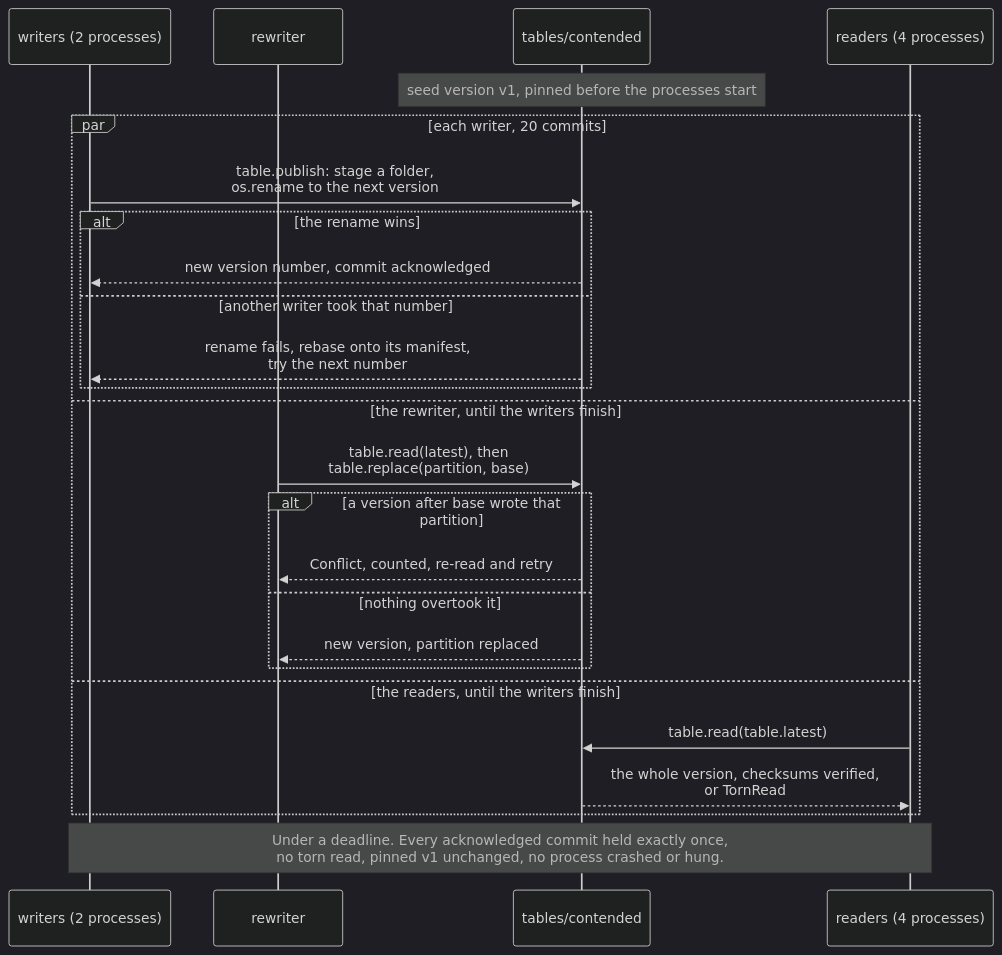
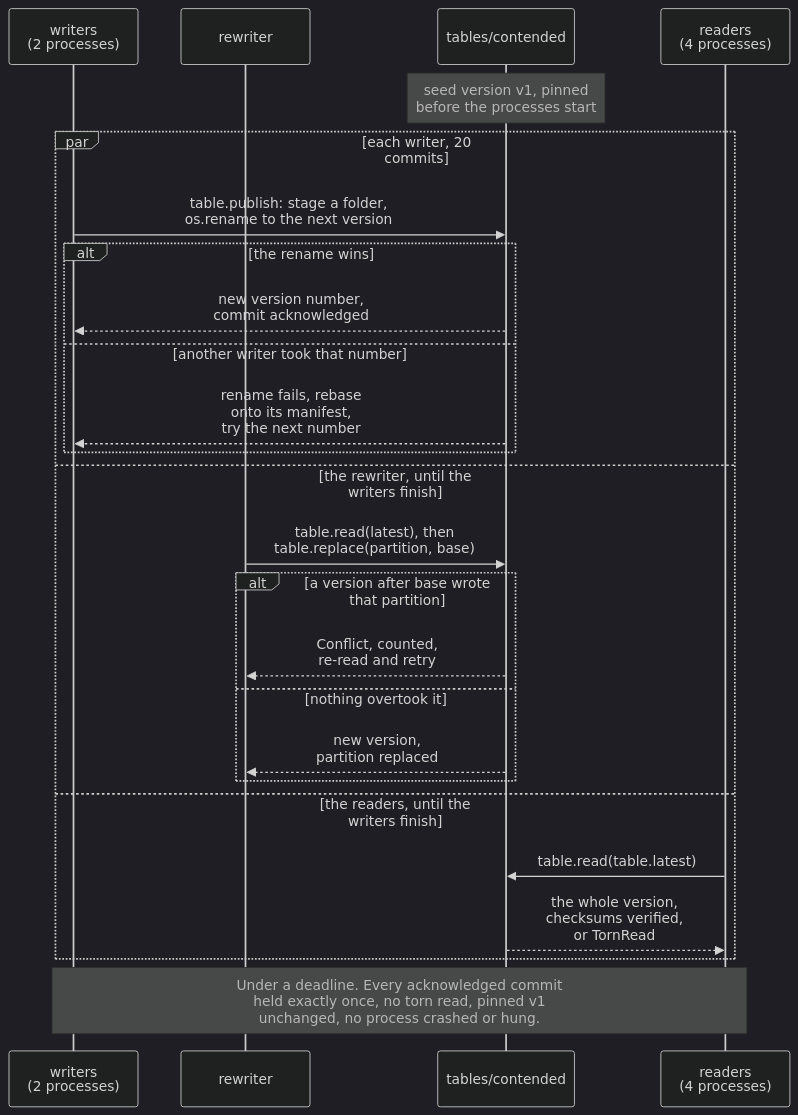
The third of 3 diagrams in README.md (hihihhi/qts-platform-demo), drawn with Mermaid (dark theme) before and after one commit. The commit also changed other lines of this file, not shown here.

Commit message:
docs: make diagrams legible at README width

````diff
--- a/README.md
+++ b/README.md
@@ -174,27 +173,27 @@
 ```mermaid
 sequenceDiagram
-    participant W as writers (2 processes)
+    participant W as writers<br/>(2 processes)
     participant X as rewriter
     participant T as tables/contended
-    participant R as readers (4 processes)
-    Note over T: seed version v1, pinned before the processes start
+    participant R as readers<br/>(4 processes)
+    Note over T: seed version v1, pinned<br/>before the processes start
     par each writer, 20 commits
         W->>T: table.publish: stage a folder,<br/>os.rename to the next version
         alt the rename wins
-            T-->>W: new version number, commit acknowledged
+            T-->>W: new version number,<br/>commit acknowledged
         else another writer took that number
-            T-->>W: rename fails, rebase onto its manifest,<br/>try the next number
+            T-->>W: rename fails, rebase<br/>onto its manifest,<br/>try the next number
         end
     and the rewriter, until the writers finish
         X->>T: table.read(latest), then<br/>table.replace(partition, base)
         alt a version after base wrote that partition
-            T-->>X: Conflict, counted, re-read and retry
+            T-->>X: Conflict, counted,<br/>re-read and retry
         else nothing overtook it
-            T-->>X: new version, partition replaced
+            T-->>X: new version,<br/>partition replaced
         end
     and the readers, until the writers finish
         R->>T: table.read(table.latest)
-        T-->>R: the whole version, checksums verified,<br/>or TornRead
+        T-->>R: the whole version,<br/>checksums verified,<br/>or TornRead
     end
-    Note over W,R: Under a deadline. Every acknowledged commit held exactly once,<br/>no torn read, pinned v1 unchanged, no process crashed or hung.
+    Note over W,R: Under a deadline. Every acknowledged commit<br/>held exactly once, no torn read, pinned v1<br/>unchanged, no process crashed or hung.
 ```
````
